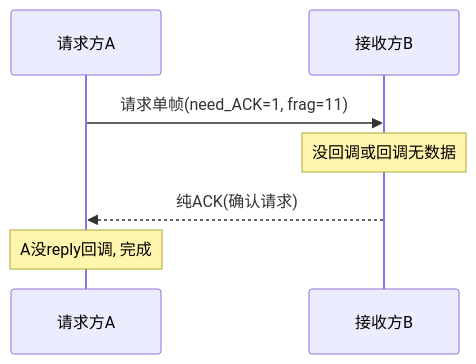
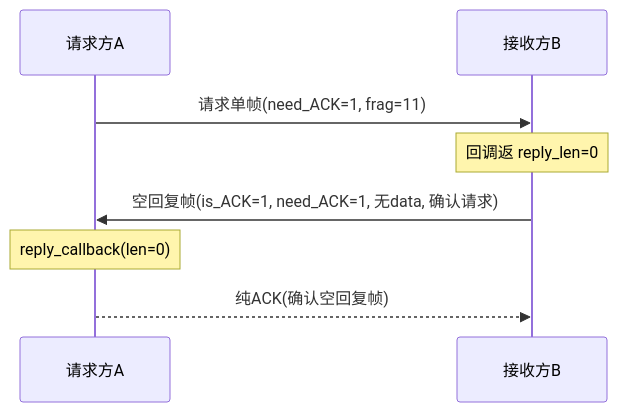
One commit to Siaiai/ObsidianNote changed the first of 13 diagrams in 工作/项目/代码/260401S3分拣面板-SIA-R9000P.md. Above: the diagram before and after it, drawn with Mermaid. The commit also changed other lines of this file and 1 other file, not shown here.

````diff
--- a/工作/项目/代码/260401S3分拣面板-SIA-R9000P.md
+++ b/工作/项目/代码/260401S3分拣面板-SIA-R9000P.md
@@ -71,9 +71,10 @@
 ```mermaid
 sequenceDiagram
     participant A as 请求方A
     participant B as 接收方B
     A->>B: 请求单帧(need_ACK=1, frag=11)
-    Note over B: 没回调或回调无数据
-    B-->>A: 纯ACK(确认请求)
-    Note over A: A没reply回调, 完成
+    Note over B: 回调返 reply_len=0
+    B->>A: 空回复帧(is_ACK=1, need_ACK=1, 无data, 确认请求)
+    Note over A: reply_callback(len=0)
+    A-->>B: 纯ACK(确认空回复帧)
 ```
````
